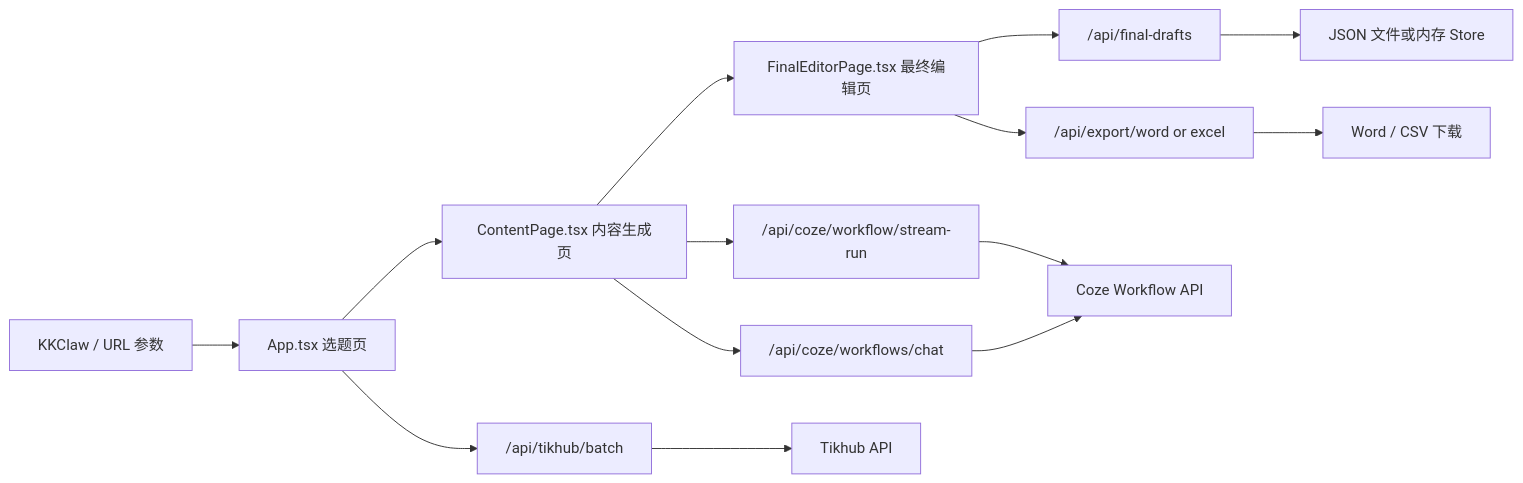
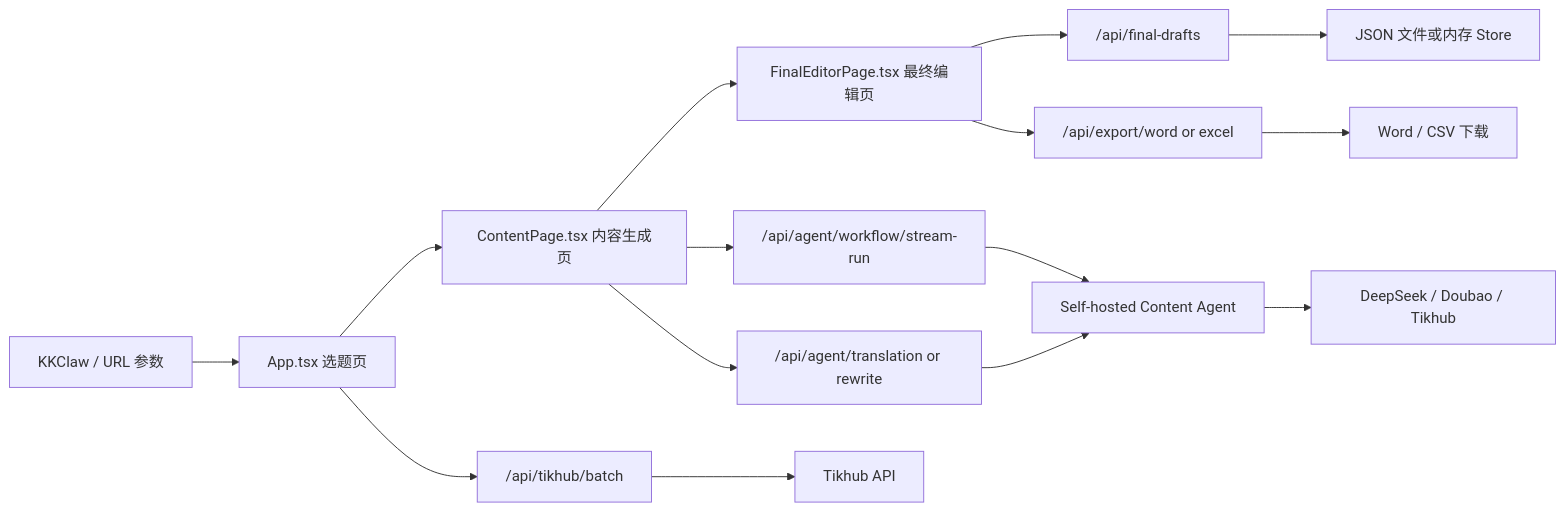
The diagram in _bmad-output/project-knowledge/architecture.md (spaceyzx216/xiaomang), drawn with Mermaid before and after one commit. The commit also changed other lines of this file and 45 other files, not shown here.

Commit message:
Replace Coze workflow with resilient content agent

````diff
--- a/_bmad-output/project-knowledge/architecture.md
+++ b/_bmad-output/project-knowledge/architecture.md
@@ -5,19 +5,20 @@
 ```mermaid
 flowchart LR
     A["KKClaw / URL 参数"] --> B["App.tsx 选题页"]
     B --> C["ContentPage.tsx 内容生成页"]
     C --> D["FinalEditorPage.tsx 最终编辑页"]
 
     B --> E["/api/tikhub/batch"]
-    C --> F["/api/coze/workflow/stream-run"]
-    C --> G["/api/coze/workflows/chat"]
+    C --> F["/api/agent/workflow/stream-run"]
+    C --> G["/api/agent/translation or rewrite"]
     D --> H["/api/final-drafts"]
     D --> I["/api/export/word or excel"]
 
     E --> J["Tikhub API"]
-    F --> K["Coze Workflow API"]
+    F --> K["Self-hosted Content Agent"]
     G --> K
+    K --> N["DeepSeek / Doubao / Tikhub"]
 
     H --> L["JSON 文件或内存 Store"]
     I --> M["Word / CSV 下载"]
 ```
````
